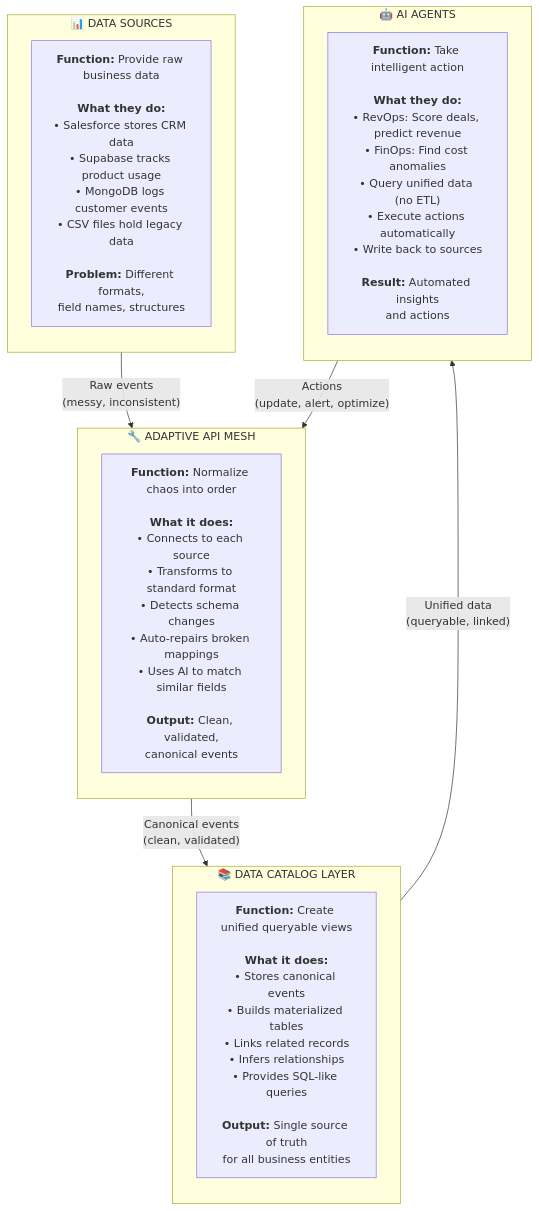
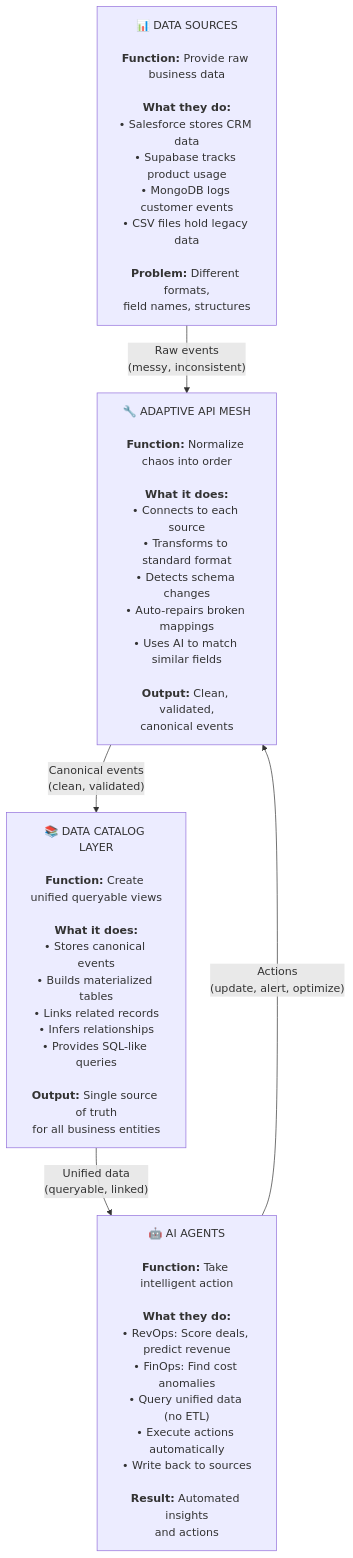
The first of 9 diagrams in ARCHITECTURE.md (ilyacantor/autonomos-platform), drawn with Mermaid before and after one commit. The commit also changed 1 other file, not shown here.

Commit message:
Update architecture diagrams to improve visual clarity and reduce complexity
Modify ARCHITECTURE.md and static/architecture.html to flatten Mermaid.js subgraphs for a more straightforward visual representation of the data flow architecture.

Replit-Commit-Author: Agent
Replit-Commit-Session-Id: 64179410-7104-402f-9246-00d468411b94
Replit-Commit-Checkpoint-Type: full_checkpoint
Replit-Commit-Event-Id: 2596a36a-d6c8-4543-a098-eb2feb3fc28b

````diff
--- a/ARCHITECTURE.md
+++ b/ARCHITECTURE.md
@@ -21,27 +21,15 @@
 ```mermaid
 flowchart TB
-    subgraph DS["📊 DATA SOURCES"]
-        direction TB
-        DS_DESC["<b>Function:</b> Provide raw business data<br/><br/><b>What they do:</b><br/>• Salesforce stores CRM data<br/>• Supabase tracks product usage<br/>• MongoDB logs customer events<br/>• CSV files hold legacy data<br/><br/><b>Problem:</b> Different formats,<br/>field names, structures"]
-    end
+    DS["📊 DATA SOURCES<br/><br/><b>Function:</b> Provide raw business data<br/><br/><b>What they do:</b><br/>• Salesforce stores CRM data<br/>• Supabase tracks product usage<br/>• MongoDB logs customer events<br/>• CSV files hold legacy data<br/><br/><b>Problem:</b> Different formats,<br/>field names, structures"]
     
-    subgraph AAM["🔧 ADAPTIVE API MESH"]
-        direction TB
-        AAM_DESC["<b>Function:</b> Normalize chaos into order<br/><br/><b>What it does:</b><br/>• Connects to each source<br/>• Transforms to standard format<br/>• Detects schema changes<br/>• Auto-repairs broken mappings<br/>• Uses AI to match similar fields<br/><br/><b>Output:</b> Clean, validated,<br/>canonical events"]
-    end
+    AAM["🔧 ADAPTIVE API MESH<br/><br/><b>Function:</b> Normalize chaos into order<br/><br/><b>What it does:</b><br/>• Connects to each source<br/>• Transforms to standard format<br/>• Detects schema changes<br/>• Auto-repairs broken mappings<br/>• Uses AI to match similar fields<br/><br/><b>Output:</b> Clean, validated,<br/>canonical events"]
     
-    subgraph DCL["📚 DATA CATALOG LAYER"]
-        direction TB
-        DCL_DESC["<b>Function:</b> Create unified queryable views<br/><br/><b>What it does:</b><br/>• Stores canonical events<br/>• Builds materialized tables<br/>• Links related records<br/>• Infers relationships<br/>• Provides SQL-like queries<br/><br/><b>Output:</b> Single source of truth<br/>for all business entities"]
-    end
+    DCL["📚 DATA CATALOG LAYER<br/><br/><b>Function:</b> Create unified queryable views<br/><br/><b>What it does:</b><br/>• Stores canonical events<br/>• Builds materialized tables<br/>• Links related records<br/>• Infers relationships<br/>• Provides SQL-like queries<br/><br/><b>Output:</b> Single source of truth<br/>for all business entities"]
     
-    subgraph AGENTS["🤖 AI AGENTS"]
-        direction TB
-        AGENTS_DESC["<b>Function:</b> Take intelligent action<br/><br/><b>What they do:</b><br/>• RevOps: Score deals, predict revenue<br/>• FinOps: Find cost anomalies<br/>• Query unified data (no ETL)<br/>• Execute actions automatically<br/>• Write back to sources<br/><br/><b>Result:</b> Automated insights<br/>and actions"]
-    end
+    AGENTS["🤖 AI AGENTS<br/><br/><b>Function:</b> Take intelligent action<br/><br/><b>What they do:</b><br/>• RevOps: Score deals, predict revenue<br/>• FinOps: Find cost anomalies<br/>• Query unified data (no ETL)<br/>• Execute actions automatically<br/>• Write back to sources<br/><br/><b>Result:</b> Automated insights<br/>and actions"]
     
     DS -->|"Raw events<br/>(messy, inconsistent)"| AAM
     AAM -->|"Canonical events<br/>(clean, validated)"| DCL
     DCL -->|"Unified data<br/>(queryable, linked)"| AGENTS
     AGENTS -->|"Actions<br/>(update, alert, optimize)"| AAM
 ```
````
